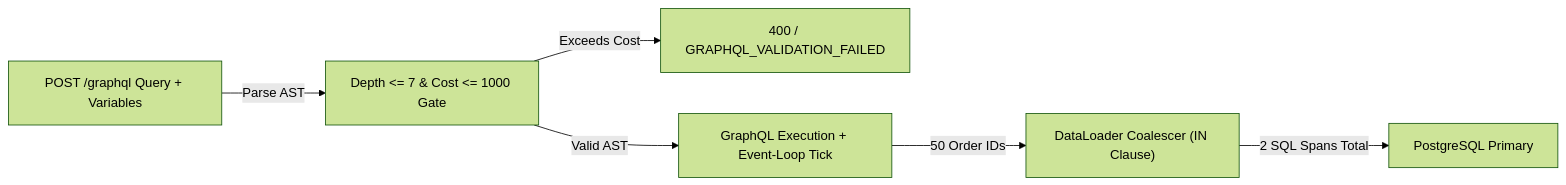
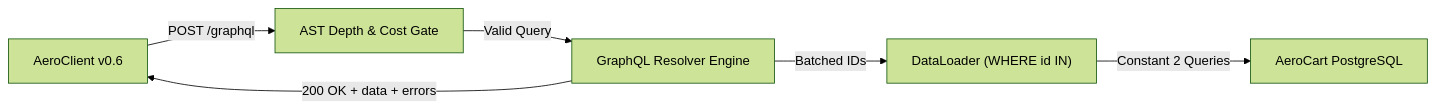
Before and after one commit to manjunathk833/codingforinterviews: the diagram in knowledgebase/04-api-and-api-automation/06-graphql-ast-n-plus-one-and-error-envelopes.md, drawn with Mermaid (forest theme). The commit also changed other lines of this file and 55 other files, not shown here.

````diff
--- a/knowledgebase/04-api-and-api-automation/06-graphql-ast-n-plus-one-and-error-envelopes.md
+++ b/knowledgebase/04-api-and-api-automation/06-graphql-ast-n-plus-one-and-error-envelopes.md
@@ -66,8 +96,8 @@
 ```mermaid
 flowchart LR
-  Query["POST /graphql Query + Variables"] -->|Parse AST| Gate["Depth <= 7 & Cost <= 1000 Gate"]
-  Gate -->|Exceeds Cost| Reject["400 / GRAPHQL_VALIDATION_FAILED"]
-  Gate -->|Valid AST| Exec["GraphQL Execution + Event-Loop Tick"]
-  Exec -->|50 Order IDs| Loader["DataLoader Coalescer (IN Clause)"]
-  Loader -->|2 SQL Spans Total| DB["PostgreSQL Primary"]
+  Client["AeroClient v0.6"] -->|POST /graphql| Gate["AST Depth & Cost Gate"]
+  Gate -->|Valid Query| Exec["GraphQL Resolver Engine"]
+  Exec -->|Batched IDs| Loader["DataLoader (WHERE id IN)"]
+  Loader -->|Constant 2 Queries| DB["AeroCart PostgreSQL"]
+  Exec -->|200 OK + data + errors| Client
 ```
````
